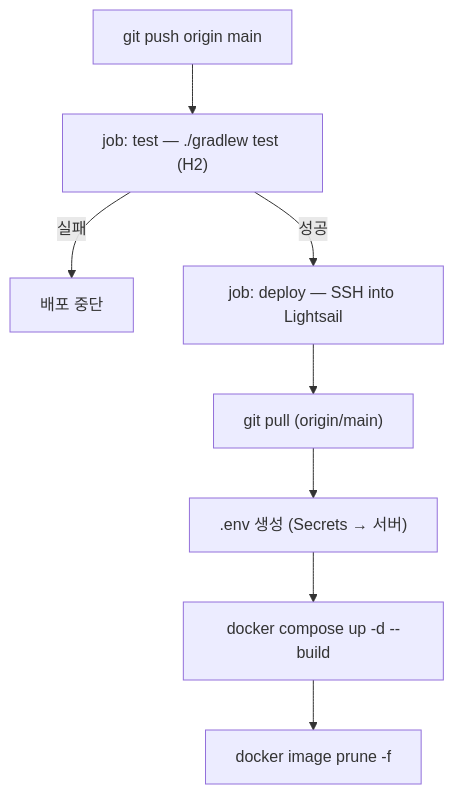
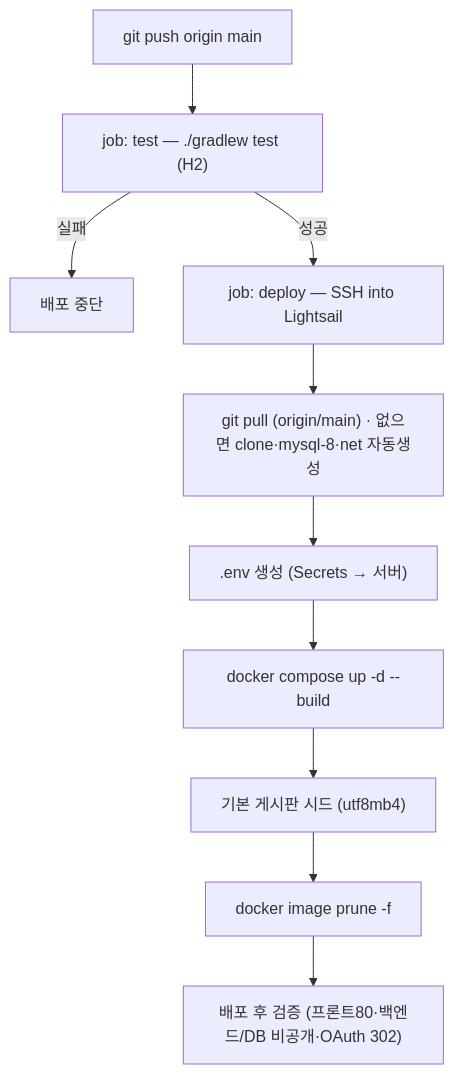
The diagram in docs/lecture/CICD-GITHUB-ACTIONS.md (icesnake72/boards), drawn with Mermaid before and after one commit. The commit also changed other lines of this file and 4 other files, not shown here.

````diff
--- a/docs/lecture/CICD-GITHUB-ACTIONS.md
+++ b/docs/lecture/CICD-GITHUB-ACTIONS.md
@@ -19,10 +19,12 @@
 ```mermaid
 flowchart TD
   PUSH["git push origin main"] --> TEST["job: test — ./gradlew test (H2)"]
   TEST -->|"실패"| STOP["배포 중단"]
   TEST -->|"성공"| DEPLOY["job: deploy — SSH into Lightsail"]
-  DEPLOY --> PULL["git pull (origin/main)"]
+  DEPLOY --> PULL["git pull (origin/main) · 없으면 clone·mysql-8·net 자동생성"]
   PULL --> ENV[".env 생성 (Secrets → 서버)"]
   ENV --> UP["docker compose up -d --build"]
-  UP --> PRUNE["docker image prune -f"]
+  UP --> SEED["기본 게시판 시드 (utf8mb4)"]
+  SEED --> PRUNE["docker image prune -f"]
+  PRUNE --> VERIFY["배포 후 검증 (프론트80·백엔드/DB 비공개·OAuth 302)"]
 ```
````
